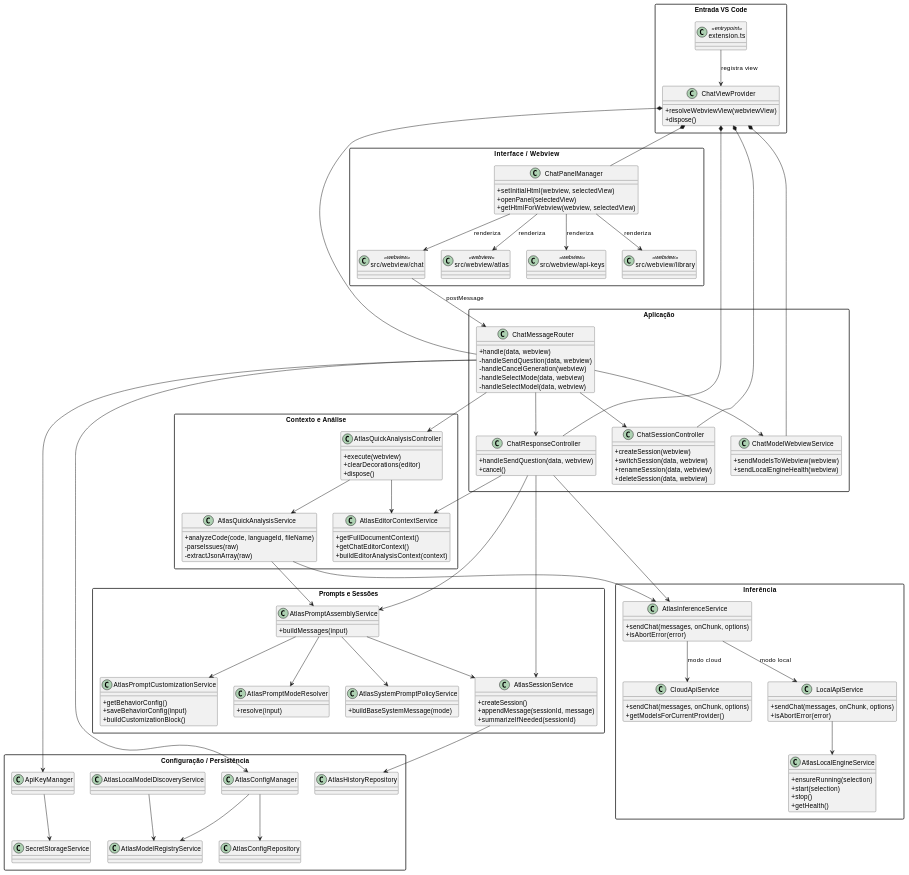
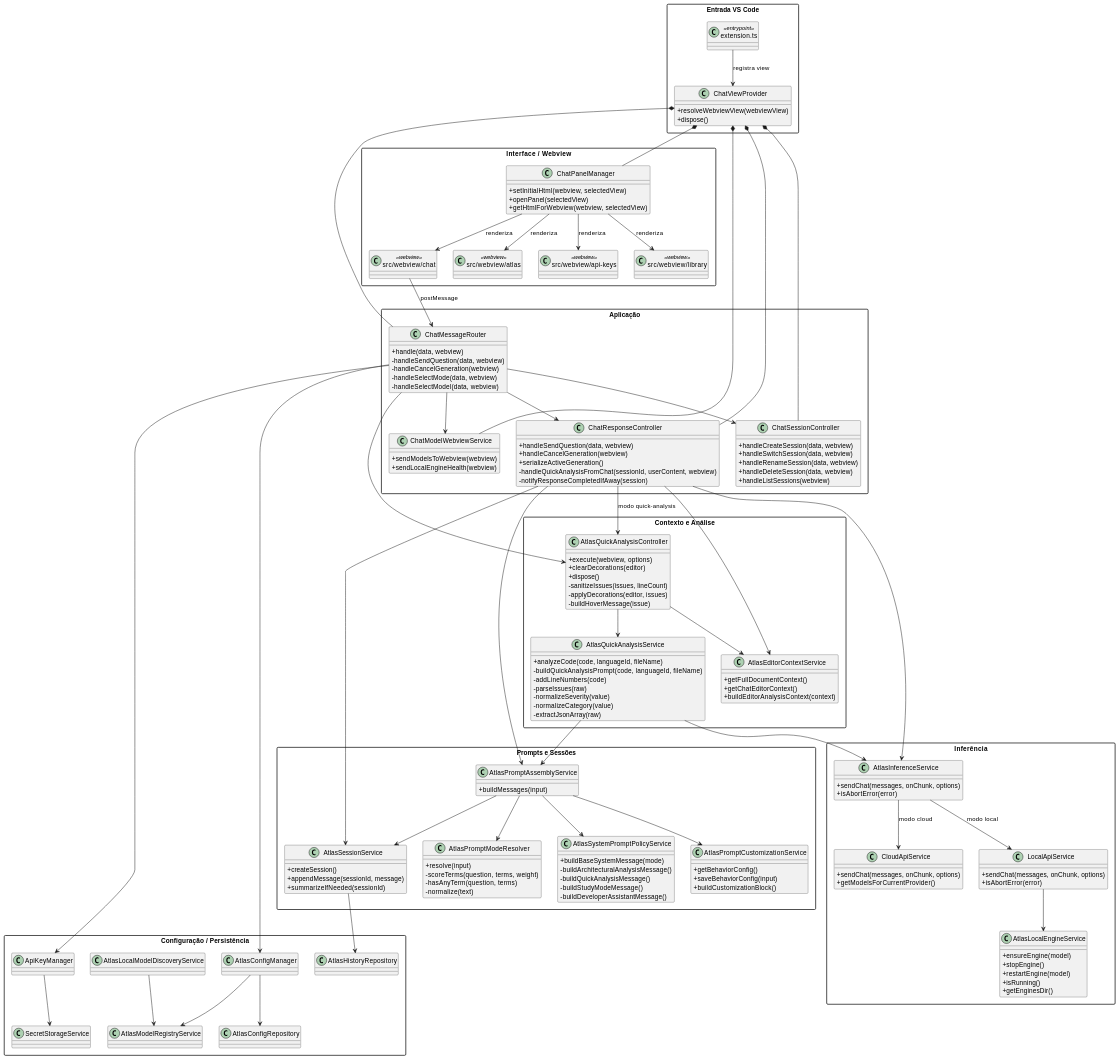
One commit to JVictorVI/ATLAS changed the second of 7 diagrams in docs/plantuml-diagramas-gerais-atlas.md. Above: the diagram before and after it, drawn with PlantUML. The commit also changed other lines of this file and 2 other files, not shown here.

Commit message:
Ajustes na documentação

```diff
--- a/docs/plantuml-diagramas-gerais-atlas.md
+++ b/docs/plantuml-diagramas-gerais-atlas.md
@@ -147,14 +155,18 @@
 
   class ChatResponseController {
     +handleSendQuestion(data, webview)
-    +cancel()
+    +handleCancelGeneration(webview)
+    +serializeActiveGeneration()
+    -handleQuickAnalysisFromChat(sessionId, userContent, webview)
+    -notifyResponseCompletedIfAway(session)
   }
 
   class ChatSessionController {
-    +createSession(webview)
-    +switchSession(data, webview)
-    +renameSession(data, webview)
-    +deleteSession(data, webview)
+    +handleCreateSession(data, webview)
+    +handleSwitchSession(data, webview)
+    +handleRenameSession(data, webview)
+    +handleDeleteSession(data, webview)
+    +handleListSessions(webview)
   }
 
   class ChatModelWebviewService {
@@ -171,14 +183,21 @@
   }
 
   class AtlasQuickAnalysisController {
-    +execute(webview)
+    +execute(webview, options)
     +clearDecorations(editor)
     +dispose()
+    -sanitizeIssues(issues, lineCount)
+    -applyDecorations(editor, issues)
+    -buildHoverMessage(issue)
   }
 
   class AtlasQuickAnalysisService {
     +analyzeCode(code, languageId, fileName)
+    -buildQuickAnalysisPrompt(code, languageId, fileName)
+    -addLineNumbers(code)
     -parseIssues(raw)
+    -normalizeSeverity(value)
+    -normalizeCategory(value)
     -extractJsonArray(raw)
   }
 }
@@ -200,10 +219,11 @@
   }
 
   class AtlasLocalEngineService {
-    +ensureRunning(selection)
-    +start(selection)
-    +stop()
-    +getHealth()
+    +ensureEngine(model)
+    +stopEngine()
+    +restartEngine(model)
+    +isRunning()
+    +getEnginesDir()
   }
 }
 
@@ -214,10 +234,17 @@
 
   class AtlasPromptModeResolver {
     +resolve(input)
+    -scoreTerms(question, terms, weight)
+    -hasAnyTerm(question, terms)
+    -normalize(text)
   }
 
   class AtlasSystemPromptPolicyService {
     +buildBaseSystemMessage(mode)
+    -buildArchitecturalAnalysisMessage()
+    -buildQuickAnalysisMessage()
+    -buildStudyModeMessage()
+    -buildDeveloperAssistantMessage()
   }
 
   class AtlasPromptCustomizationService {
@@ -267,6 +294,7 @@
 ChatResponseController --> AtlasPromptAssemblyService
 ChatResponseController --> AtlasInferenceService
 ChatResponseController --> AtlasSessionService
+ChatResponseController --> AtlasQuickAnalysisController : modo quick-analysis
 
 AtlasQuickAnalysisController --> AtlasEditorContextService
 AtlasQuickAnalysisController --> AtlasQuickAnalysisService
```
